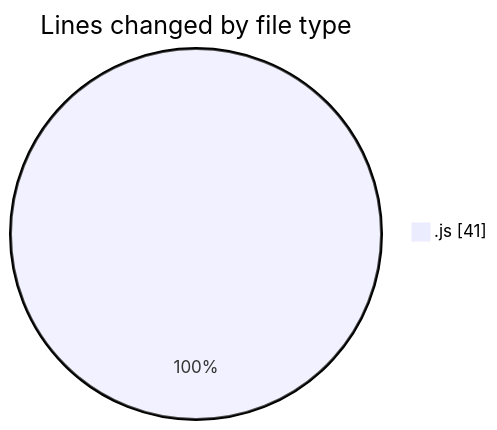
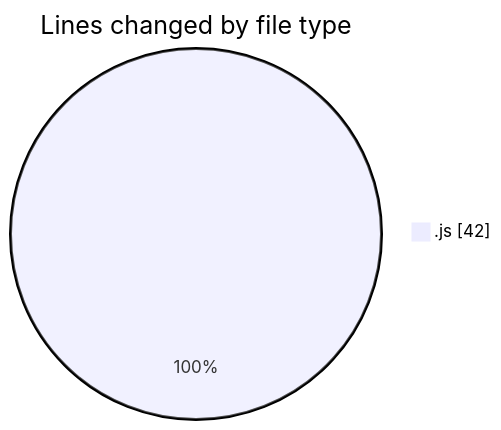
One commit to BS-eng2023/code-tracking changed the first of 2 diagrams in 2025-03-31/jsvms/README.md. Above: the diagram before and after it, drawn with Mermaid. The commit also changed other lines of this file and 1 other file, not shown here.

````diff
--- a/2025-03-31/jsvms/README.md
+++ b/2025-03-31/jsvms/README.md
@@ -20,5 +20,5 @@
 ```mermaid
 pie showData
 title Lines changed by file type
-".js" : 41
+".js" : 42
 ```
````
